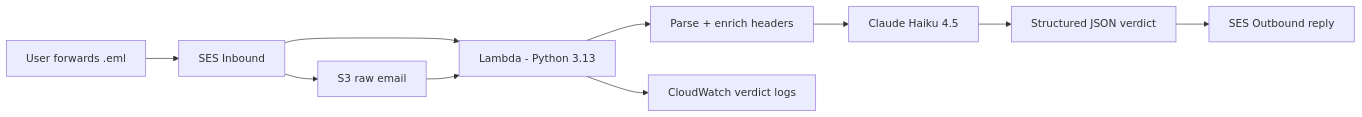
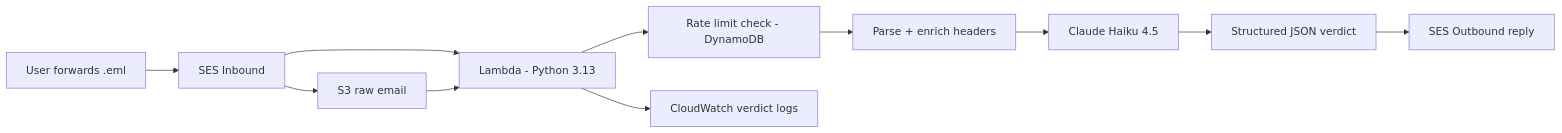
One commit to fredpord3/phish-analyzer changed the diagram in README.md. Above: the diagram before and after it, drawn with Mermaid. The commit also changed other lines of this file, not shown here.

First line of the commit message:
Enhance README with rate limiting and MVP updates

````diff
--- a/README.md
+++ b/README.md
@@ -9,12 +9,13 @@
 ```mermaid
 flowchart LR
     A[User forwards .eml] --> B[SES Inbound]
     B --> C[S3 raw email]
     B --> D[Lambda - Python 3.13]
     C --> D
-    D --> E[Parse + enrich headers]
+    D --> R[Rate limit check - DynamoDB]
+    R --> E[Parse + enrich headers]
     E --> F[Claude Haiku 4.5]
     F --> G[Structured JSON verdict]
     G --> H[SES Outbound reply]
     D --> I[CloudWatch verdict logs]
 ```
````
